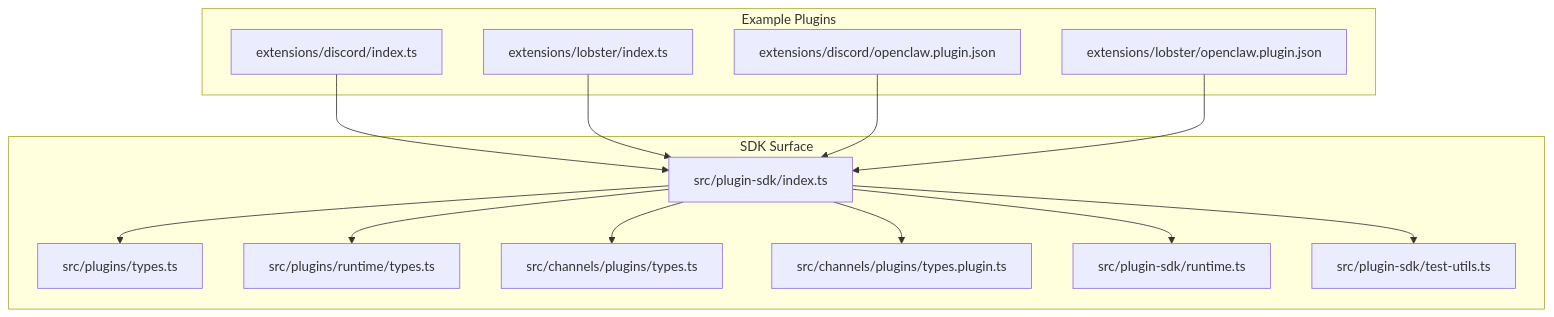
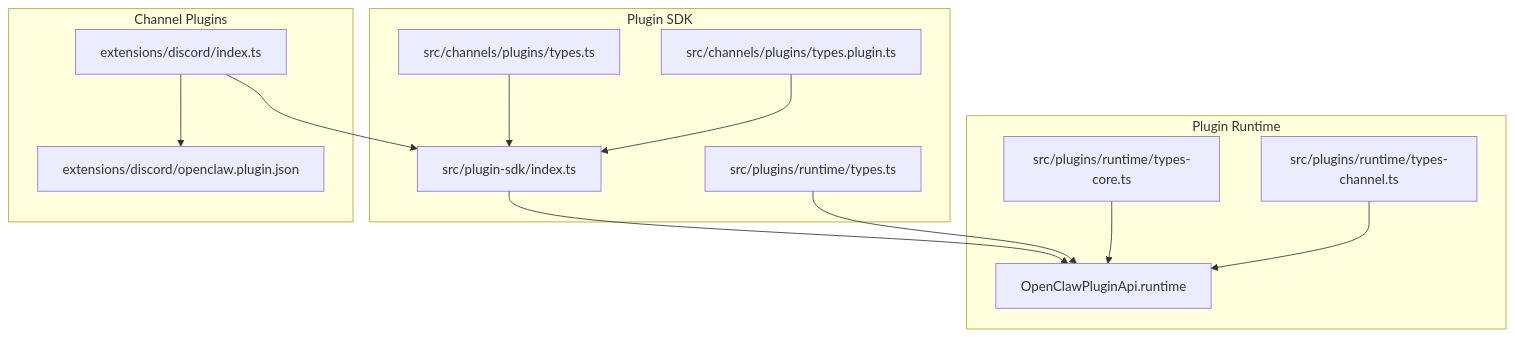
The first of 9 diagrams in repowiki/en/content/API Reference/Plugin SDK.md (botx-work/OpenClaw-Internals), drawn with Mermaid before and after one commit. The commit also changed other lines of this file and 332 other files, not shown here.

````diff
--- a/repowiki/en/content/API Reference/Plugin SDK.md
+++ b/repowiki/en/content/API Reference/Plugin SDK.md
@@ -38,28 +41,26 @@
 ```mermaid
 graph TB
-subgraph "SDK Surface"
-IDX["src/plugin-sdk/index.ts"]
-TYPES_SDK["src/plugins/types.ts"]
-TYPES_RT["src/plugins/runtime/types.ts"]
-TYPES_CHAN_TYPES["src/channels/plugins/types.ts"]
-TYPES_CHAN_PLUGIN["src/channels/plugins/types.plugin.ts"]
-RUNTIME_HELPERS["src/plugin-sdk/runtime.ts"]
-TEST_UTILS["src/plugin-sdk/test-utils.ts"]
+subgraph "Plugin SDK"
+SDK_Index["src/plugin-sdk/index.ts"]
+SDK_Types["src/channels/plugins/types.ts"]
+SDK_PluginTypes["src/channels/plugins/types.plugin.ts"]
+SDK_RuntimeTypes["src/plugins/runtime/types.ts"]
 end
-subgraph "Example Plugins"
-DISCORD_IDX["extensions/discord/index.ts"]
-DISCORD_MAN["extensions/discord/openclaw.plugin.json"]
-LOBSTER_IDX["extensions/lobster/index.ts"]
-LOBSTER_MAN["extensions/lobster/openclaw.plugin.json"]
+subgraph "Plugin Runtime"
+RT_Core["src/plugins/runtime/types-core.ts"]
+RT_Channel["src/plugins/runtime/types-channel.ts"]
+RT_API["OpenClawPluginApi.runtime"]
 end
-IDX --> TYPES_SDK
-IDX --> TYPES_RT
-IDX --> TYPES_CHAN_TYPES
-IDX --> TYPES_CHAN_PLUGIN
-IDX --> RUNTIME_HELPERS
-IDX --> TEST_UTILS
-DISCORD_IDX --> IDX
-LOBSTER_IDX --> IDX
-DISCORD_MAN --> IDX
-LOBSTER_MAN --> IDX
+subgraph "Channel Plugins"
+Ext_Discord["extensions/discord/index.ts"]
+Meta_Discord["extensions/discord/openclaw.plugin.json"]
+end
+SDK_Index --> RT_API
+SDK_Types --> SDK_Index
+SDK_PluginTypes --> SDK_Index
+SDK_RuntimeTypes --> RT_API
+RT_Core --> RT_API
+RT_Channel --> RT_API
+Ext_Discord --> SDK_Index
+Ext_Discord --> Meta_Discord
 ```
````
